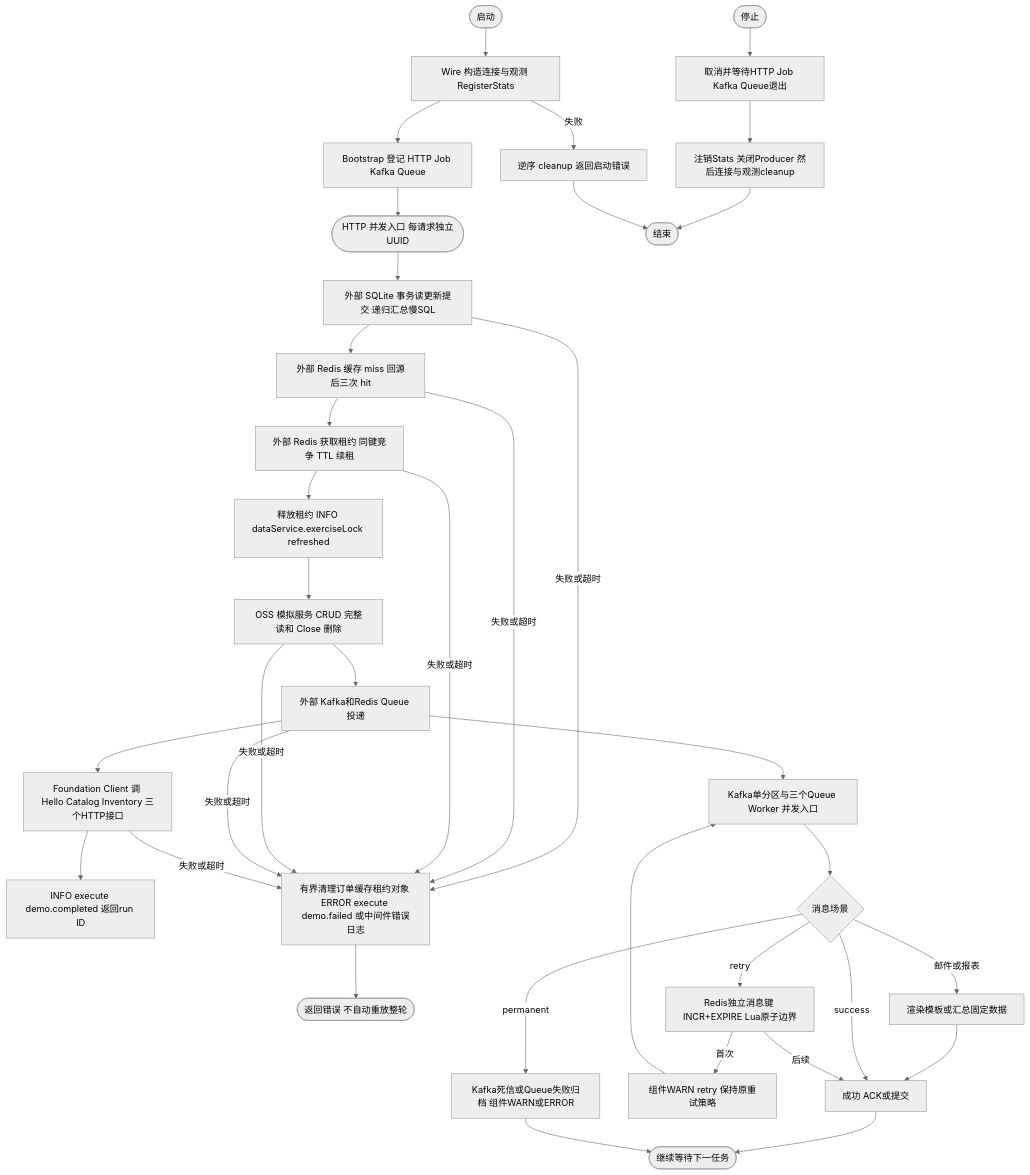
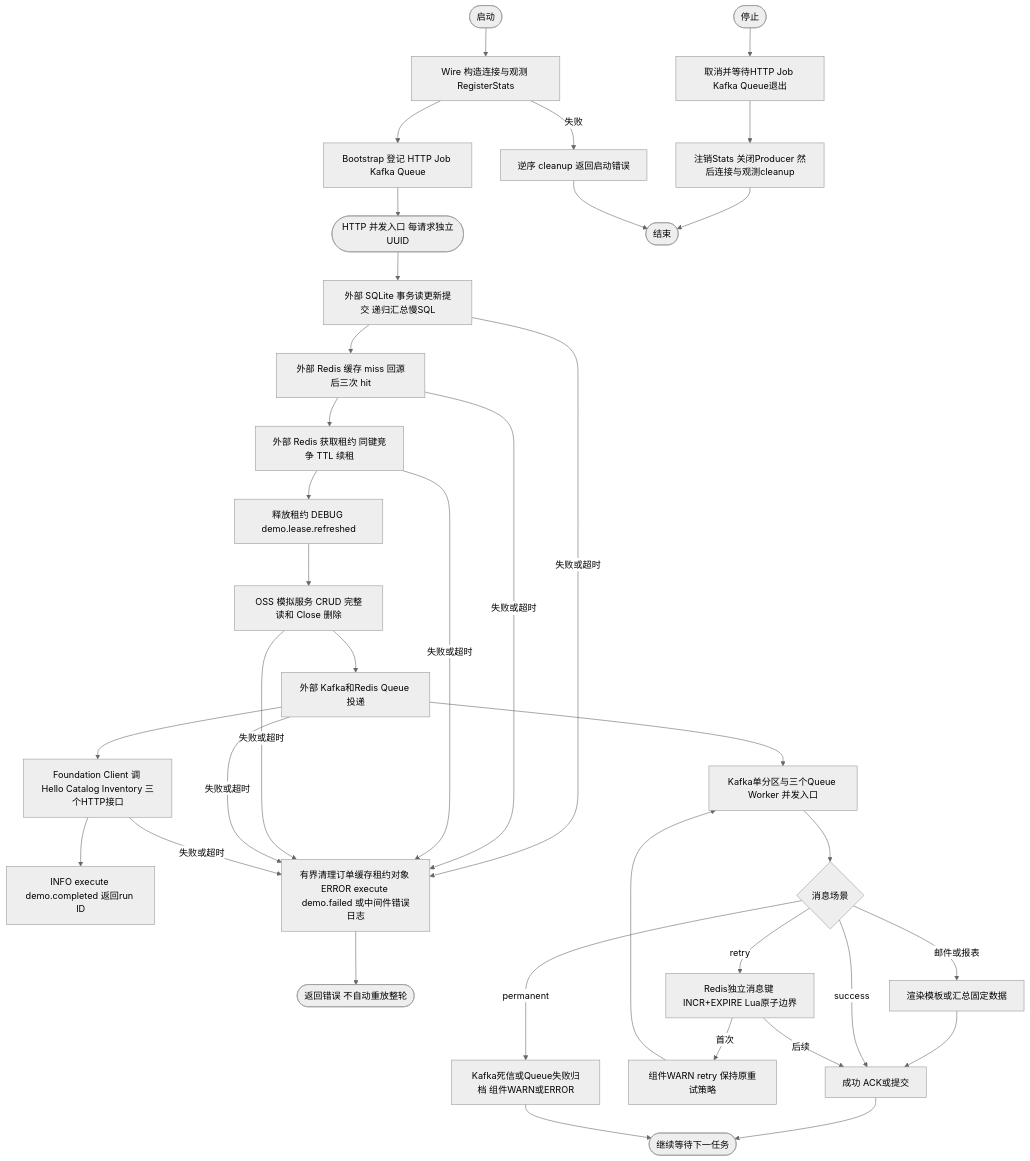
One commit to jaggerzhuang1994/kratos-foundation changed the first of 3 diagrams in examples/components/README.md. Above: the diagram before and after it, drawn with Mermaid (neutral theme). The commit also changed other lines of this file and 204 other files, not shown here.

````diff
--- a/examples/components/README.md
+++ b/examples/components/README.md
@@ -59,32 +59,32 @@
 ```mermaid
 flowchart TD
     A([启动]) --> B[Wire 构造连接与观测 RegisterStats]
     B -- 失败 --> X[逆序 cleanup 返回启动错误]
     B --> C[Bootstrap 登记 HTTP Job Kafka Queue]
     C --> D([HTTP 并发入口 每请求独立UUID])
     D --> E[外部 SQLite 事务读更新提交 递归汇总慢SQL]
     E --> F[外部 Redis 缓存 miss 回源后三次 hit]
     F --> G[外部 Redis 获取租约 同键竞争 TTL 续租]
-    G --> H[释放租约 INFO dataService.exerciseLock refreshed]
+    G --> H[释放租约 DEBUG demo.lease.refreshed]
     H --> I[OSS 模拟服务 CRUD 完整读和 Close 删除]
     I --> J[外部 Kafka和Redis Queue 投递]
     J --> K[Foundation Client 调 Hello Catalog Inventory 三个HTTP接口]
     K --> L[INFO execute demo.completed 返回run ID]
     E & F & G & I & J & K -- 失败或超时 --> M[有界清理订单缓存租约对象 ERROR execute demo.failed 或中间件错误日志]
     M --> N([返回错误 不自动重放整轮])
     J --> O[Kafka单分区与三个Queue Worker 并发入口]
     O --> P{消息场景}
     P -- 邮件或报表 --> Q2[渲染模板或汇总固定数据]
     Q2 --> Q
     P -- success --> Q[成功 ACK或提交]
     P -- retry --> R[Redis独立消息键 INCR+EXPIRE Lua原子边界]
     R -- 首次 --> S[组件WARN retry 保持原重试策略]
     S --> O
     R -- 后续 --> Q
     P -- permanent --> T[Kafka死信或Queue失败归档 组件WARN或ERROR]
     Q & T --> U([继续等待下一任务])
     V([停止]) --> W[取消并等待HTTP Job Kafka Queue退出]
     W --> Y[注销Stats 关闭Producer 然后连接与观测cleanup]
     Y --> Z([结束])
     X --> Z
 ```
````
